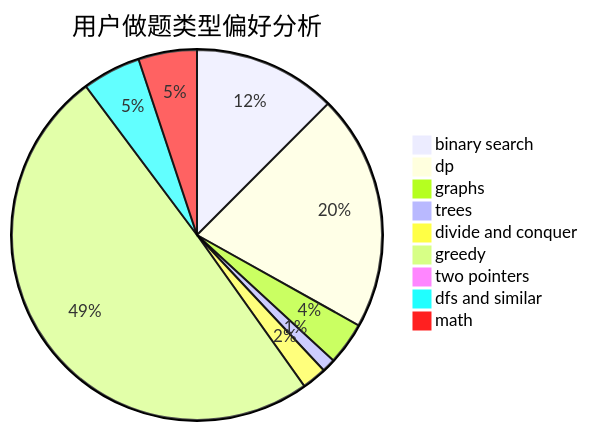
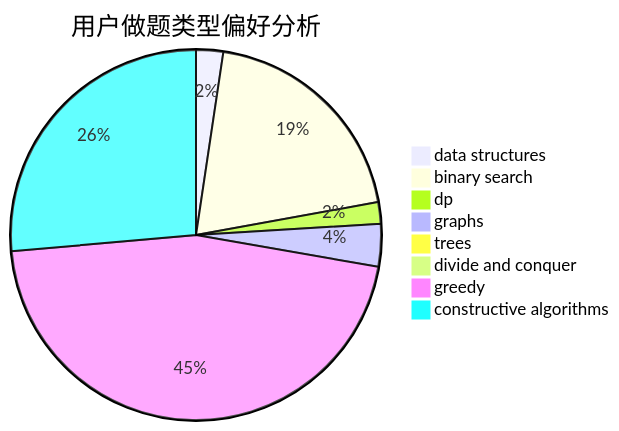
One commit to sherpahu/cfrs.github.io changed the second of 3 diagrams in docs/user/u1204.md. Above: the diagram before and after it, drawn with Mermaid. The commit also changed other lines of this file and 2775 other files, not shown here.

````diff
--- a/docs/user/u1204.md
+++ b/docs/user/u1204.md
@@ -23,12 +23,11 @@
 ```mermaid
 pie title 用户做题类型偏好分析
-    "binary search" :  308
-    "dp" :  509
-    "graphs" :  92
-    "trees" :  29
-    "divide and conquer" :  53
-    "greedy" :  1224
-    "two pointers" :  19
-    "dfs and similar" :  126
-    "math" :  126
+    "data structures" :  35
+    "binary search" :  293
+    "dp" :  28
+    "graphs" :  55
+    "trees" :  10
+    "divide and conquer" :  13
+    "greedy" :  679
+    "constructive algorithms" :  391
 ```
````
